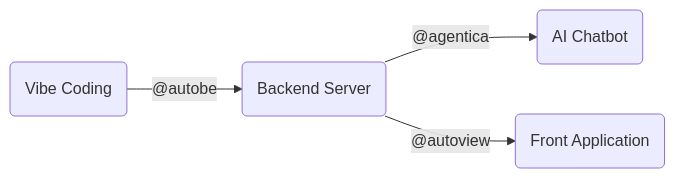
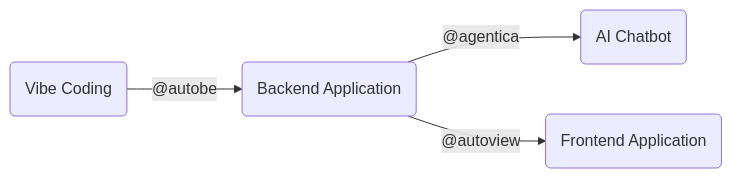
Before and after one commit to RavenView-ai/autobe: the second of 4 diagrams in README.md, drawn with Mermaid. The commit also changed other lines of this file, not shown here.

````diff
--- a/README.md
+++ b/README.md
@@ -293,11 +99,11 @@
 ```mermaid
 flowchart LR
 vibe("Vibe Coding")
-backend("Backend Server")
+backend("Backend Application")
 chatbot("AI Chatbot")
-frontend("Front Application")
+frontend("Frontend Application")
 
 vibe --"@autobe" --> backend
 backend --"@agentica" --> chatbot
 backend --"@autoview" --> frontend
 ```
````
